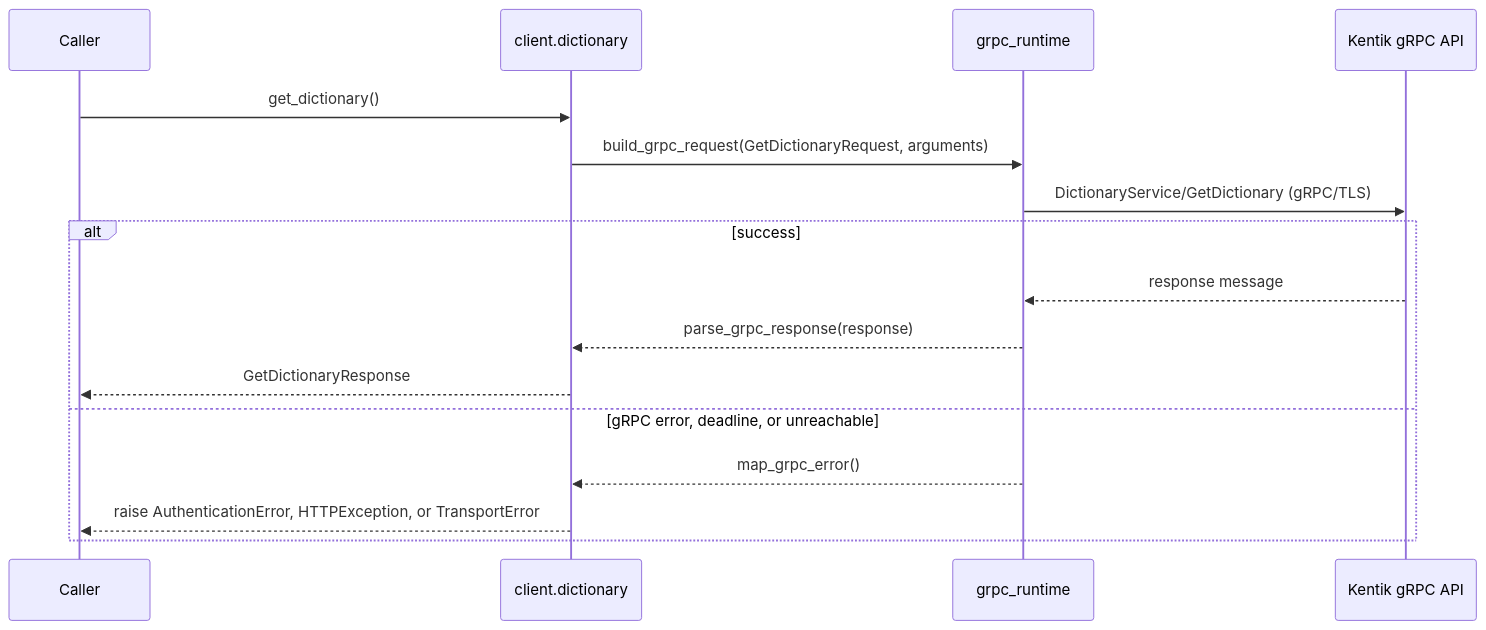
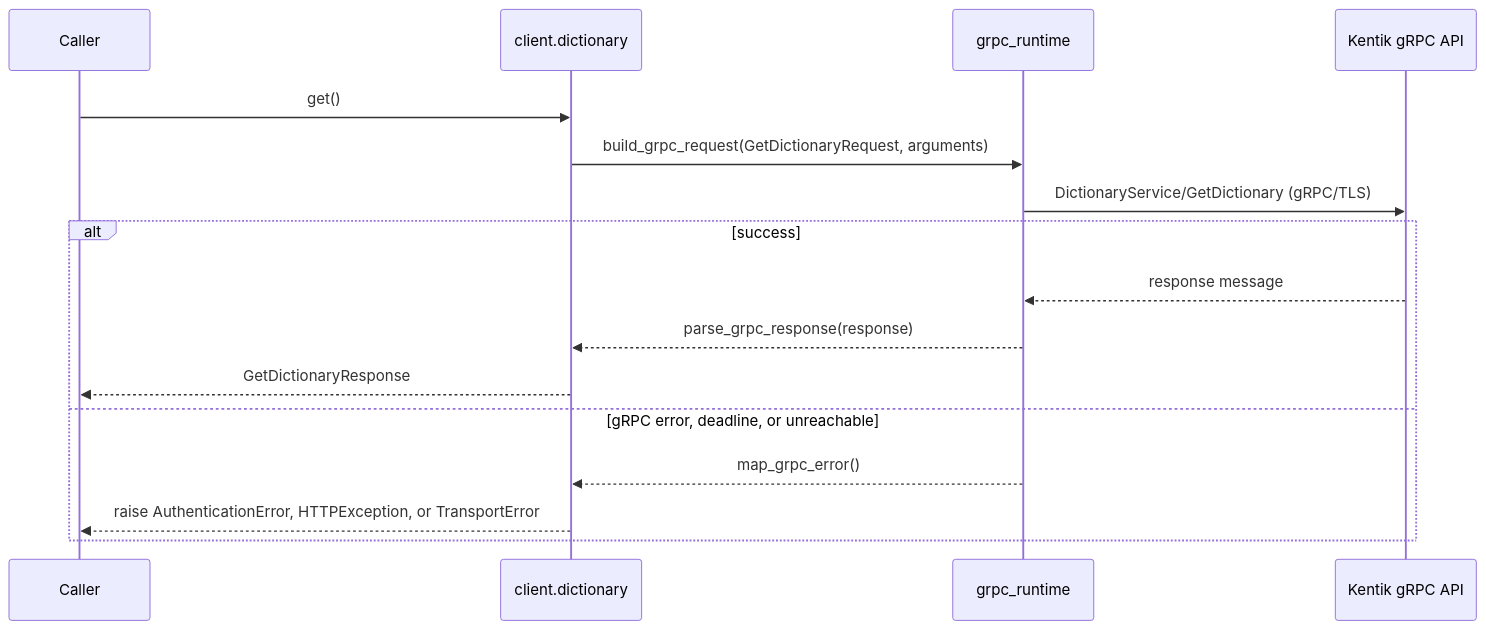
Before and after one commit to alexdearaujo/community_sdk_python: the third of 4 diagrams in docs/sphinx/services/dictionary.md, drawn with Mermaid. The commit also changed other lines of this file and 119 other files, not shown here.

````diff
--- a/docs/sphinx/services/dictionary.md
+++ b/docs/sphinx/services/dictionary.md
@@ -59,19 +59,19 @@
 ```mermaid
 sequenceDiagram
     participant C as Caller
     participant W as client.dictionary
     participant R as grpc_runtime
     participant API as Kentik gRPC API
 
-    C->>W: get_dictionary()
+    C->>W: get()
     W->>R: build_grpc_request(GetDictionaryRequest, arguments)
     R->>API: DictionaryService/GetDictionary (gRPC/TLS)
     alt success
         API-->>R: response message
         R-->>W: parse_grpc_response(response)
         W-->>C: GetDictionaryResponse
     else gRPC error, deadline, or unreachable
         R-->>W: map_grpc_error()
         W-->>C: raise AuthenticationError, HTTPException, or TransportError
     end
 ```
````
